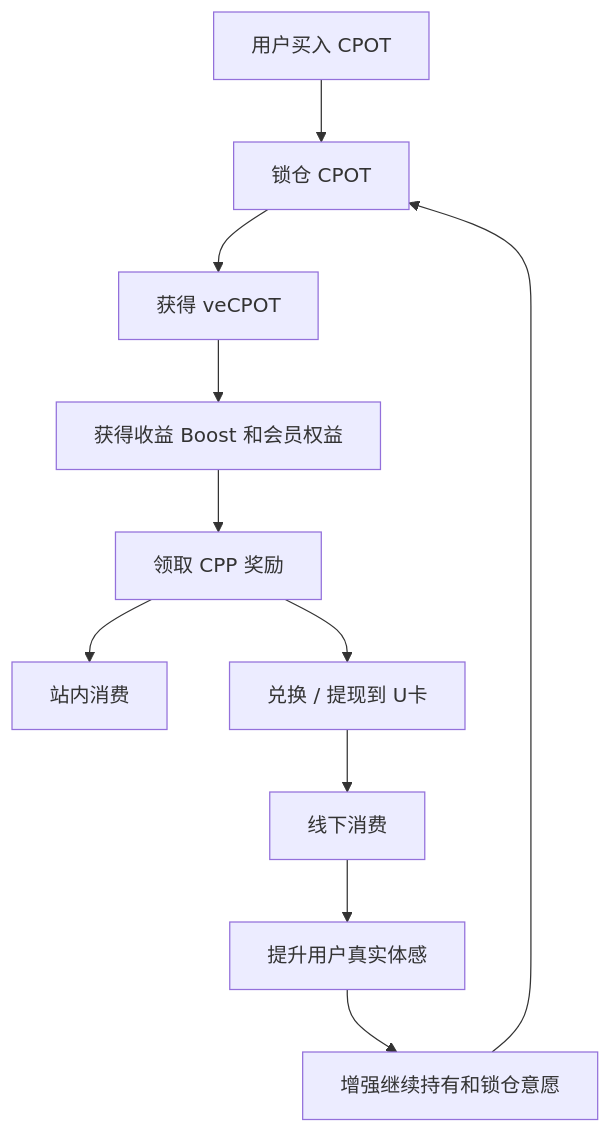
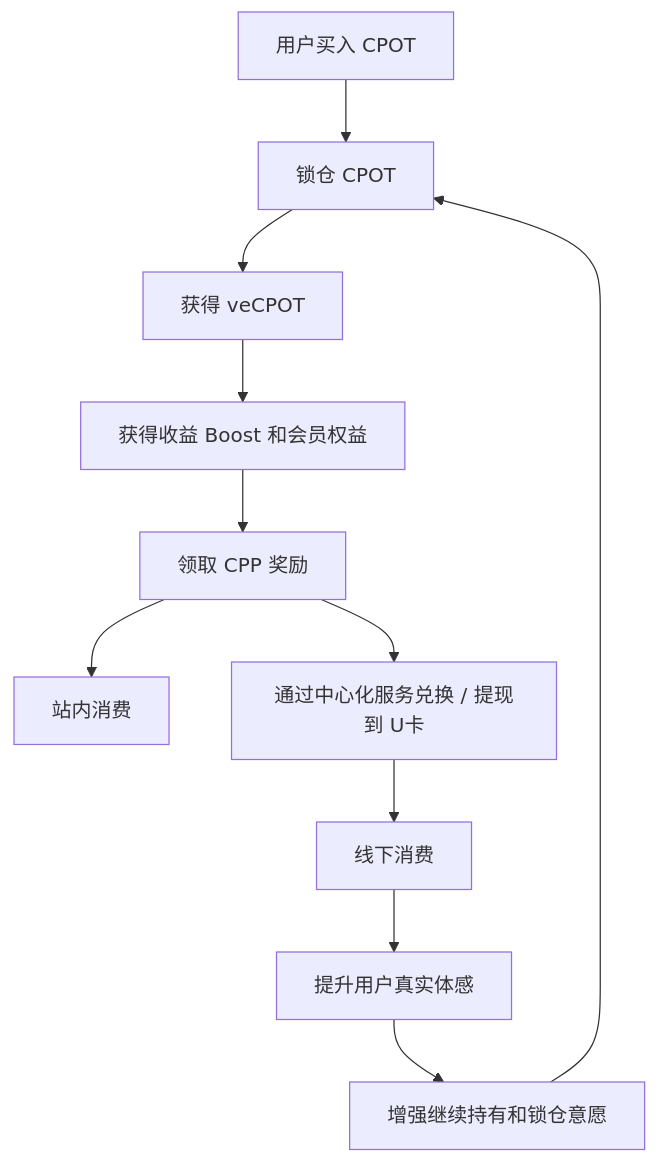
The fourth of 11 diagrams in docs/Chapool-TVL-Product-Design.md (chapool/account-abstraction), drawn with Mermaid before and after one commit. The commit also changed other lines of this file, not shown here.

````diff
--- a/docs/Chapool-TVL-Product-Design.md
+++ b/docs/Chapool-TVL-Product-Design.md
@@ -468,13 +468,13 @@
 ```mermaid
 flowchart TD
     A[用户买入 CPOT] --> B[锁仓 CPOT]
     B --> C[获得 veCPOT]
     C --> D[获得收益 Boost 和会员权益]
     D --> E[领取 CPP 奖励]
     E --> F[站内消费]
-    E --> G[兑换 / 提现到 U卡]
+    E --> G[通过中心化服务兑换 / 提现到 U卡]
     G --> H[线下消费]
     H --> I[提升用户真实体感]
     I --> J[增强继续持有和锁仓意愿]
     J --> B
 ```
````
